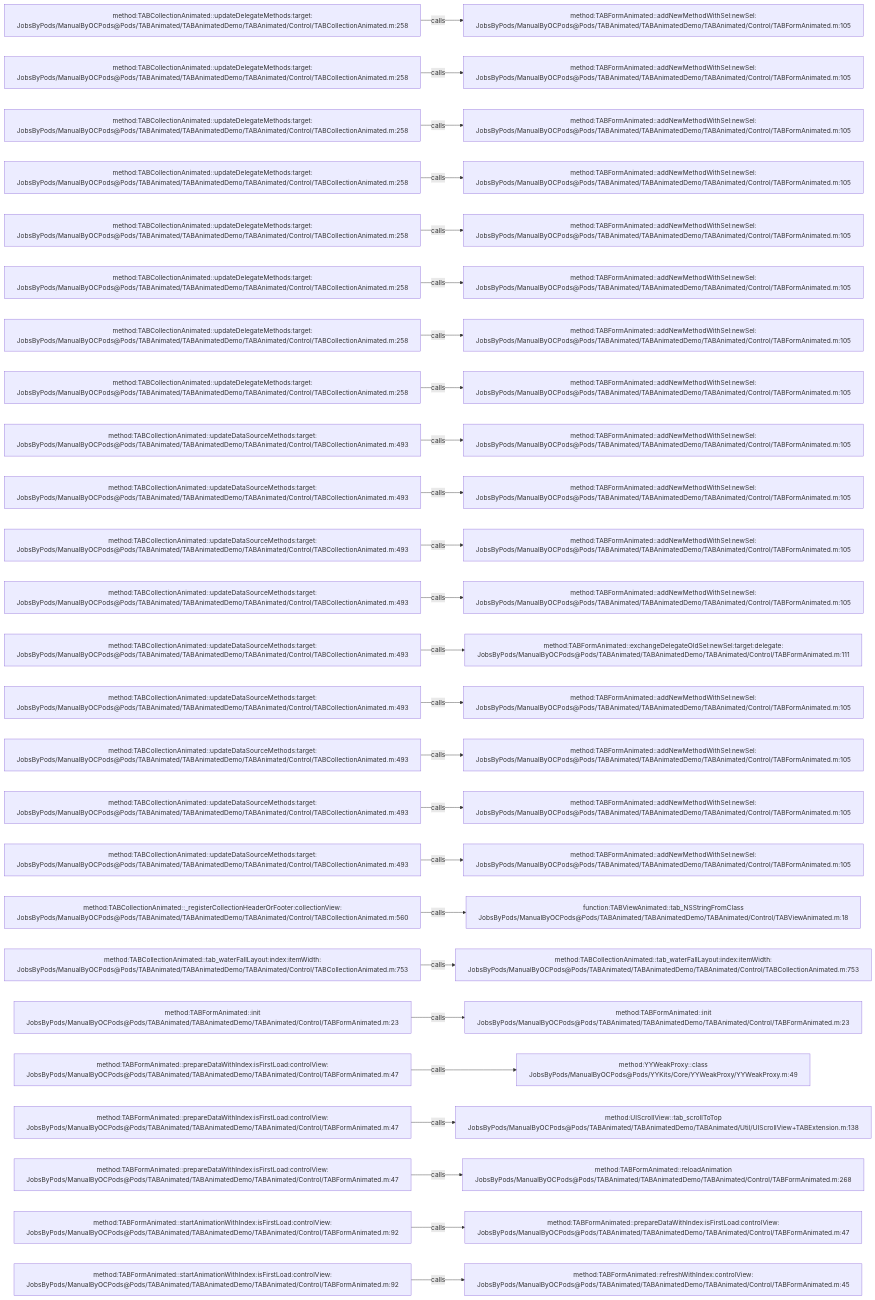
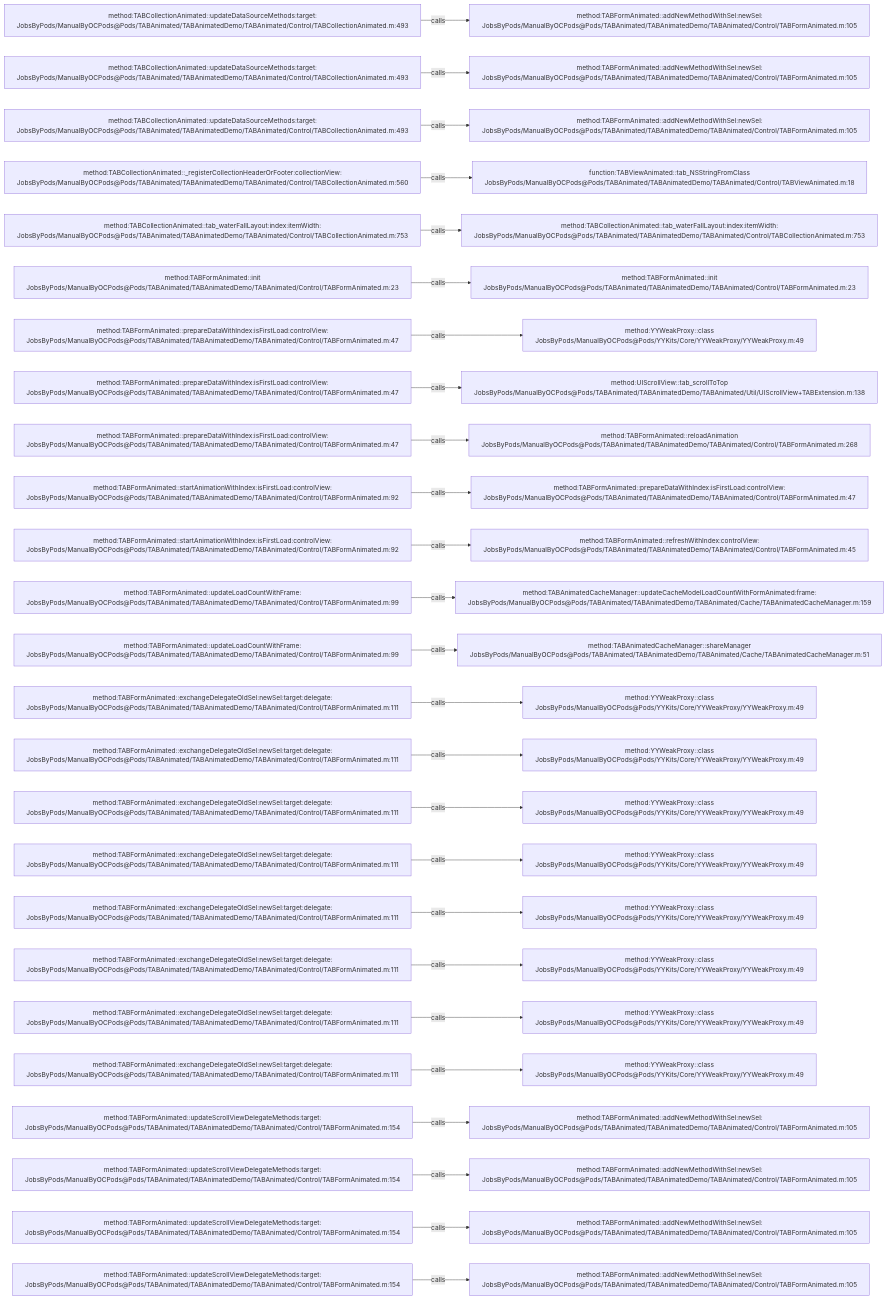
One commit to JobsKits/JobsOCBaseConfigDemo changed the diagram in .codegraph/codegraph.md/graphs/calls-025.md. Above: the diagram before and after it, drawn with Mermaid. The commit also changed 296 other files, not shown here.

````diff
--- a/.codegraph/codegraph.md/graphs/calls-025.md
+++ b/.codegraph/codegraph.md/graphs/calls-025.md
@@ -13,78 +13,78 @@
 ```mermaid
 flowchart LR
-  S1["method:TABCollectionAnimated::updateDelegateMethods:target:<br/>JobsByPods/ManualByOCPods@Pods/TABAnimated/TABAnimatedDemo/TABAnimated/Control/TABCollectionAnimated.m:258"]
+  S1["method:TABCollectionAnimated::updateDataSourceMethods:target:<br/>JobsByPods/ManualByOCPods@Pods/TABAnimated/TABAnimatedDemo/TABAnimated/Control/TABCollectionAnimated.m:493"]
   T1["method:TABFormAnimated::addNewMethodWithSel:newSel:<br/>JobsByPods/ManualByOCPods@Pods/TABAnimated/TABAnimatedDemo/TABAnimated/Control/TABFormAnimated.m:105"]
   S1 -->|calls| T1
-  S2["method:TABCollectionAnimated::updateDelegateMethods:target:<br/>JobsByPods/ManualByOCPods@Pods/TABAnimated/TABAnimatedDemo/TABAnimated/Control/TABCollectionAnimated.m:258"]
+  S2["method:TABCollectionAnimated::updateDataSourceMethods:target:<br/>JobsByPods/ManualByOCPods@Pods/TABAnimated/TABAnimatedDemo/TABAnimated/Control/TABCollectionAnimated.m:493"]
   T2["method:TABFormAnimated::addNewMethodWithSel:newSel:<br/>JobsByPods/ManualByOCPods@Pods/TABAnimated/TABAnimatedDemo/TABAnimated/Control/TABFormAnimated.m:105"]
   S2 -->|calls| T2
-  S3["method:TABCollectionAnimated::updateDelegateMethods:target:<br/>JobsByPods/ManualByOCPods@Pods/TABAnimated/TABAnimatedDemo/TABAnimated/Control/TABCollectionAnimated.m:258"]
+  S3["method:TABCollectionAnimated::updateDataSourceMethods:target:<br/>JobsByPods/ManualByOCPods@Pods/TABAnimated/TABAnimatedDemo/TABAnimated/Control/TABCollectionAnimated.m:493"]
   T3["method:TABFormAnimated::addNewMethodWithSel:newSel:<br/>JobsByPods/ManualByOCPods@Pods/TABAnimated/TABAnimatedDemo/TABAnimated/Control/TABFormAnimated.m:105"]
   S3 -->|calls| T3
-  S4["method:TABCollectionAnimated::updateDelegateMethods:target:<br/>JobsByPods/ManualByOCPods@Pods/TABAnimated/TABAnimatedDemo/TABAnimated/Control/TABCollectionAnimated.m:258"]
-  T4["method:TABFormAnimated::addNewMethodWithSel:newSel:<br/>JobsByPods/ManualByOCPods@Pods/TABAnimated/TABAnimatedDemo/TABAnimated/Control/TABFormAnimated.m:105"]
+  S4["method:TABCollectionAnimated::_registerCollectionHeaderOrFooter:collectionView:<br/>JobsByPods/ManualByOCPods@Pods/TABAnimated/TABAnimatedDemo/TABAnimated/Control/TABCollectionAnimated.m:560"]
+  T4["function:TABViewAnimated::tab_NSStringFromClass<br/>JobsByPods/ManualByOCPods@Pods/TABAnimated/TABAnimatedDemo/TABAnimated/Control/TABViewAnimated.m:18"]
   S4 -->|calls| T4
-  S5["method:TABCollectionAnimated::updateDelegateMethods:target:<br/>JobsByPods/ManualByOCPods@Pods/TABAnimated/TABAnimatedDemo/TABAnimated/Control/TABCollectionAnimated.m:258"]
-  T5["method:TABFormAnimated::addNewMethodWithSel:newSel:<br/>JobsByPods/ManualByOCPods@Pods/TABAnimated/TABAnimatedDemo/TABAnimated/Control/TABFormAnimated.m:105"]
+  S5["method:TABCollectionAnimated::tab_waterFallLayout:index:itemWidth:<br/>JobsByPods/ManualByOCPods@Pods/TABAnimated/TABAnimatedDemo/TABAnimated/Control/TABCollectionAnimated.m:753"]
+  T5["method:TABCollectionAnimated::tab_waterFallLayout:index:itemWidth:<br/>JobsByPods/ManualByOCPods@Pods/TABAnimated/TABAnimatedDemo/TABAnimated/Control/TABCollectionAnimated.m:753"]
   S5 -->|calls| T5
-  S6["method:TABCollectionAnimated::updateDelegateMethods:target:<br/>JobsByPods/ManualByOCPods@Pods/TABAnimated/TABAnimatedDemo/TABAnimated/Control/TABCollectionAnimated.m:258"]
-  T6["method:TABFormAnimated::addNewMethodWithSel:newSel:<br/>JobsByPods/ManualByOCPods@Pods/TABAnimated/TABAnimatedDemo/TABAnimated/Control/TABFormAnimated.m:105"]
+  S6["method:TABFormAnimated::init<br/>JobsByPods/ManualByOCPods@Pods/TABAnimated/TABAnimatedDemo/TABAnimated/Control/TABFormAnimated.m:23"]
+  T6["method:TABFormAnimated::init<br/>JobsByPods/ManualByOCPods@Pods/TABAnimated/TABAnimatedDemo/TABAnimated/Control/TABFormAnimated.m:23"]
   S6 -->|calls| T6
-  S7["method:TABCollectionAnimated::updateDelegateMethods:target:<br/>JobsByPods/ManualByOCPods@Pods/TABAnimated/TABAnimatedDemo/TABAnimated/Control/TABCollectionAnimated.m:258"]
-  T7["method:TABFormAnimated::addNewMethodWithSel:newSel:<br/>JobsByPods/ManualByOCPods@Pods/TABAnimated/TABAnimatedDemo/TABAnimated/Control/TABFormAnimated.m:105"]
+  S7["method:TABFormAnimated::prepareDataWithIndex:isFirstLoad:controlView:<br/>JobsByPods/ManualByOCPods@Pods/TABAnimated/TABAnimatedDemo/TABAnimated/Control/TABFormAnimated.m:47"]
+  T7["method:YYWeakProxy::class<br/>JobsByPods/ManualByOCPods@Pods/YYKits/Core/YYWeakProxy/YYWeakProxy.m:49"]
   S7 -->|calls| T7
-  S8["method:TABCollectionAnimated::updateDelegateMethods:target:<br/>JobsByPods/ManualByOCPods@Pods/TABAnimated/TABAnimatedDemo/TABAnimated/Control/TABCollectionAnimated.m:258"]
-  T8["method:TABFormAnimated::addNewMethodWithSel:newSel:<br/>JobsByPods/ManualByOCPods@Pods/TABAnimated/TABAnimatedDemo/TABAnimated/Control/TABFormAnimated.m:105"]
+  S8["method:TABFormAnimated::prepareDataWithIndex:isFirstLoad:controlView:<br/>JobsByPods/ManualByOCPods@Pods/TABAnimated/TABAnimatedDemo/TABAnimated/Control/TABFormAnimated.m:47"]
+  T8["method:UIScrollView::tab_scrollToTop<br/>JobsByPods/ManualByOCPods@Pods/TABAnimated/TABAnimatedDemo/TABAnimated/Util/UIScrollView+TABExtension.m:138"]
   S8 -->|calls| T8
-  S9["method:TABCollectionAnimated::updateDataSourceMethods:target:<br/>JobsByPods/ManualByOCPods@Pods/TABAnimated/TABAnimatedDemo/TABAnimated/Control/TABCollectionAnimated.m:493"]
-  T9["method:TABFormAnimated::addNewMethodWithSel:newSel:<br/>JobsByPods/ManualByOCPods@Pods/TABAnimated/TABAnimatedDemo/TABAnimated/Control/TABFormAnimated.m:105"]
+  S9["method:TABFormAnimated::prepareDataWithIndex:isFirstLoad:controlView:<br/>JobsByPods/ManualByOCPods@Pods/TABAnimated/TABAnimatedDemo/TABAnimated/Control/TABFormAnimated.m:47"]
+  T9["method:TABFormAnimated::reloadAnimation<br/>JobsByPods/ManualByOCPods@Pods/TABAnimated/TABAnimatedDemo/TABAnimated/Control/TABFormAnimated.m:268"]
   S9 -->|calls| T9
-  S10["method:TABCollectionAnimated::updateDataSourceMethods:target:<br/>JobsByPods/ManualByOCPods@Pods/TABAnimated/TABAnimatedDemo/TABAnimated/Control/TABCollectionAnimated.m:493"]
-  T10["method:TABFormAnimated::addNewMethodWithSel:newSel:<br/>JobsByPods/ManualByOCPods@Pods/TABAnimated/TABAnimatedDemo/TABAnimated/Control/TABFormAnimated.m:105"]
+  S10["method:TABFormAnimated::startAnimationWithIndex:isFirstLoad:controlView:<br/>JobsByPods/ManualByOCPods@Pods/TABAnimated/TABAnimatedDemo/TABAnimated/Control/TABFormAnimated.m:92"]
+  T10["method:TABFormAnimated::prepareDataWithIndex:isFirstLoad:controlView:<br/>JobsByPods/ManualByOCPods@Pods/TABAnimated/TABAnimatedDemo/TABAnimated/Control/TABFormAnimated.m:47"]
   S10 -->|calls| T10
-  S11["method:TABCollectionAnimated::updateDataSourceMethods:target:<br/>JobsByPods/ManualByOCPods@Pods/TABAnimated/TABAnimatedDemo/TABAnimated/Control/TABCollectionAnimated.m:493"]
-  T11["method:TABFormAnimated::addNewMethodWithSel:newSel:<br/>JobsByPods/ManualByOCPods@Pods/TABAnimated/TABAnimatedDemo/TABAnimated/Control/TABFormAnimated.m:105"]
+  S11["method:TABFormAnimated::startAnimationWithIndex:isFirstLoad:controlView:<br/>JobsByPods/ManualByOCPods@Pods/TABAnimated/TABAnimatedDemo/TABAnimated/Control/TABFormAnimated.m:92"]
+  T11["method:TABFormAnimated::refreshWithIndex:controlView:<br/>JobsByPods/ManualByOCPods@Pods/TABAnimated/TABAnimatedDemo/TABAnimated/Control/TABFormAnimated.m:45"]
   S11 -->|calls| T11
-  S12["method:TABCollectionAnimated::updateDataSourceMethods:target:<br/>JobsByPods/ManualByOCPods@Pods/TABAnimated/TABAnimatedDemo/TABAnimated/Control/TABCollectionAnimated.m:493"]
-  T12["method:TABFormAnimated::addNewMethodWithSel:newSel:<br/>JobsByPods/ManualByOCPods@Pods/TABAnimated/TABAnimatedDemo/TABAnimated/Control/TABFormAnimated.m:105"]
+  S12["method:TABFormAnimated::updateLoadCountWithFrame:<br/>JobsByPods/ManualByOCPods@Pods/TABAnimated/TABAnimatedDemo/TABAnimated/Control/TABFormAnimated.m:99"]
+  T12["method:TABAnimatedCacheManager::updateCacheModelLoadCountWithFormAnimated:frame:<br/>JobsByPods/ManualByOCPods@Pods/TABAnimated/TABAnimatedDemo/TABAnimated/Cache/TABAnimatedCacheManager.m:159"]
   S12 -->|calls| T12
-  S13["method:TABCollectionAnimated::updateDataSourceMethods:target:<br/>JobsByPods/ManualByOCPods@Pods/TABAnimated/TABAnimatedDemo/TABAnimated/Control/TABCollectionAnimated.m:493"]
-  T13["method:TABFormAnimated::exchangeDelegateOldSel:newSel:target:delegate:<br/>JobsByPods/ManualByOCPods@Pods/TABAnimated/TABAnimatedDemo/TABAnimated/Control/TABFormAnimated.m:111"]
+  S13["method:TABFormAnimated::updateLoadCountWithFrame:<br/>JobsByPods/ManualByOCPods@Pods/TABAnimated/TABAnimatedDemo/TABAnimated/Control/TABFormAnimated.m:99"]
+  T13["method:TABAnimatedCacheManager::shareManager<br/>JobsByPods/ManualByOCPods@Pods/TABAnimated/TABAnimatedDemo/TABAnimated/Cache/TABAnimatedCacheManager.m:51"]
   S13 -->|calls| T13
-  S14["method:TABCollectionAnimated::updateDataSourceMethods:target:<br/>JobsByPods/ManualByOCPods@Pods/TABAnimated/TABAnimatedDemo/TABAnimated/Control/TABCollectionAnimated.m:493"]
-  T14["method:TABFormAnimated::addNewMethodWithSel:newSel:<br/>JobsByPods/ManualByOCPods@Pods/TABAnimated/TABAnimatedDemo/TABAnimated/Control/TABFormAnimated.m:105"]
+  S14["method:TABFormAnimated::exchangeDelegateOldSel:newSel:target:delegate:<br/>JobsByPods/ManualByOCPods@Pods/TABAnimated/TABAnimatedDemo/TABAnimated/Control/TABFormAnimated.m:111"]
+  T14["method:YYWeakProxy::class<br/>JobsByPods/ManualByOCPods@Pods/YYKits/Core/YYWeakProxy/YYWeakProxy.m:49"]
   S14 -->|calls| T14
-  S15["method:TABCollectionAnimated::updateDataSourceMethods:target:<br/>JobsByPods/ManualByOCPods@Pods/TABAnimated/TABAnimatedDemo/TABAnimated/Control/TABCollectionAnimated.m:493"]
-  T15["method:TABFormAnimated::addNewMethodWithSel:newSel:<br/>JobsByPods/ManualByOCPods@Pods/TABAnimated/TABAnimatedDemo/TABAnimated/Control/TABFormAnimated.m:105"]
+  S15["method:TABFormAnimated::exchangeDelegateOldSel:newSel:target:delegate:<br/>JobsByPods/ManualByOCPods@Pods/TABAnimated/TABAnimatedDemo/TABAnimated/Control/TABFormAnimated.m:111"]
+  T15["method:YYWeakProxy::class<br/>JobsByPods/ManualByOCPods@Pods/YYKits/Core/YYWeakProxy/YYWeakProxy.m:49"]
   S15 -->|calls| T15
-  S16["method:TABCollectionAnimated::updateDataSourceMethods:target:<br/>JobsByPods/ManualByOCPods@Pods/TABAnimated/TABAnimatedDemo/TABAnimated/Control/TABCollectionAnimated.m:493"]
-  T16["method:TABFormAnimated::addNewMethodWithSel:newSel:<br/>JobsByPods/ManualByOCPods@Pods/TABAnimated/TABAnimatedDemo/TABAnimated/Control/TABFormAnimated.m:105"]
+  S16["method:TABFormAnimated::exchangeDelegateOldSel:newSel:target:delegate:<br/>JobsByPods/ManualByOCPods@Pods/TABAnimated/TABAnimatedDemo/TABAnimated/Control/TABFormAnimated.m:111"]
+  T16["method:YYWeakProxy::class<br/>JobsByPods/ManualByOCPods@Pods/YYKits/Core/YYWeakProxy/YYWeakProxy.m:49"]
   S16 -->|calls| T16
-  S17["method:TABCollectionAnimated::updateDataSourceMethods:target:<br/>JobsByPods/ManualByOCPods@Pods/TABAnimated/TABAnimatedDemo/TABAnimated/Control/TABCollectionAnimated.m:493"]
-  T17["method:TABFormAnimated::addNewMethodWithSel:newSel:<br/>JobsByPods/ManualByOCPods@Pods/TABAnimated/TABAnimatedDemo/TABAnimated/Control/TABFormAnimated.m:105"]
+  S17["method:TABFormAnimated::exchangeDelegateOldSel:newSel:target:delegate:<br/>JobsByPods/ManualByOCPods@Pods/TABAnimated/TABAnimatedDemo/TABAnimated/Control/TABFormAnimated.m:111"]
+  T17["method:YYWeakProxy::class<br/>JobsByPods/ManualByOCPods@Pods/YYKits/Core/YYWeakProxy/YYWeakProxy.m:49"]
   S17 -->|calls| T17
-  S18["method:TABCollectionAnimated::_registerCollectionHeaderOrFooter:collectionView:<br/>JobsByPods/ManualByOCPods@Pods/TABAnimated/TABAnimatedDemo/TABAnimated/Control/TABCollectionAnimated.m:560"]
-  T18["function:TABViewAnimated::tab_NSStringFromClass<br/>JobsByPods/ManualByOCPods@Pods/TABAnimated/TABAnimatedDemo/TABAnimated/Control/TABViewAnimated.m:18"]
+  S18["method:TABFormAnimated::exchangeDelegateOldSel:newSel:target:delegate:<br/>JobsByPods/ManualByOCPods@Pods/TABAnimated/TABAnimatedDemo/TABAnimated/Control/TABFormAnimated.m:111"]
+  T18["method:YYWeakProxy::class<br/>JobsByPods/ManualByOCPods@Pods/YYKits/Core/YYWeakProxy/YYWeakProxy.m:49"]
   S18 -->|calls| T18
-  S19["method:TABCollectionAnimated::tab_waterFallLayout:index:itemWidth:<br/>JobsByPods/ManualByOCPods@Pods/TABAnimated/TABAnimatedDemo/TABAnimated/Control/TABCollectionAnimated.m:753"]
-  T19["method:TABCollectionAnimated::tab_waterFallLayout:index:itemWidth:<br/>JobsByPods/ManualByOCPods@Pods/TABAnimated/TABAnimatedDemo/TABAnimated/Control/TABCollectionAnimated.m:753"]
+  S19["method:TABFormAnimated::exchangeDelegateOldSel:newSel:target:delegate:<br/>JobsByPods/ManualByOCPods@Pods/TABAnimated/TABAnimatedDemo/TABAnimated/Control/TABFormAnimated.m:111"]
+  T19["method:YYWeakProxy::class<br/>JobsByPods/ManualByOCPods@Pods/YYKits/Core/YYWeakProxy/YYWeakProxy.m:49"]
   S19 -->|calls| T19
-  S20["method:TABFormAnimated::init<br/>JobsByPods/ManualByOCPods@Pods/TABAnimated/TABAnimatedDemo/TABAnimated/Control/TABFormAnimated.m:23"]
-  T20["method:TABFormAnimated::init<br/>JobsByPods/ManualByOCPods@Pods/TABAnimated/TABAnimatedDemo/TABAnimated/Control/TABFormAnimated.m:23"]
+  S20["method:TABFormAnimated::exchangeDelegateOldSel:newSel:target:delegate:<br/>JobsByPods/ManualByOCPods@Pods/TABAnimated/TABAnimatedDemo/TABAnimated/Control/TABFormAnimated.m:111"]
+  T20["method:YYWeakProxy::class<br/>JobsByPods/ManualByOCPods@Pods/YYKits/Core/YYWeakProxy/YYWeakProxy.m:49"]
   S20 -->|calls| T20
-  S21["method:TABFormAnimated::prepareDataWithIndex:isFirstLoad:controlView:<br/>JobsByPods/ManualByOCPods@Pods/TABAnimated/TABAnimatedDemo/TABAnimated/Control/TABFormAnimated.m:47"]
+  S21["method:TABFormAnimated::exchangeDelegateOldSel:newSel:target:delegate:<br/>JobsByPods/ManualByOCPods@Pods/TABAnimated/TABAnimatedDemo/TABAnimated/Control/TABFormAnimated.m:111"]
   T21["method:YYWeakProxy::class<br/>JobsByPods/ManualByOCPods@Pods/YYKits/Core/YYWeakProxy/YYWeakProxy.m:49"]
   S21 -->|calls| T21
-  S22["method:TABFormAnimated::prepareDataWithIndex:isFirstLoad:controlView:<br/>JobsByPods/ManualByOCPods@Pods/TABAnimated/TABAnimatedDemo/TABAnimated/Control/TABFormAnimated.m:47"]
-  T22["method:UIScrollView::tab_scrollToTop<br/>JobsByPods/ManualByOCPods@Pods/TABAnimated/TABAnimatedDemo/TABAnimated/Util/UIScrollView+TABExtension.m:138"]
+  S22["method:TABFormAnimated::updateScrollViewDelegateMethods:target:<br/>JobsByPods/ManualByOCPods@Pods/TABAnimated/TABAnimatedDemo/TABAnimated/Control/TABFormAnimated.m:154"]
+  T22["method:TABFormAnimated::addNewMethodWithSel:newSel:<br/>JobsByPods/ManualByOCPods@Pods/TABAnimated/TABAnimatedDemo/TABAnimated/Control/TABFormAnimated.m:105"]
   S22 -->|calls| T22
-  S23["method:TABFormAnimated::prepareDataWithIndex:isFirstLoad:controlView:<br/>JobsByPods/ManualByOCPods@Pods/TABAnimated/TABAnimatedDemo/TABAnimated/Control/TABFormAnimated.m:47"]
-  T23["method:TABFormAnimated::reloadAnimation<br/>JobsByPods/ManualByOCPods@Pods/TABAnimated/TABAnimatedDemo/TABAnimated/Control/TABFormAnimated.m:268"]
+  S23["method:TABFormAnimated::updateScrollViewDelegateMethods:target:<br/>JobsByPods/ManualByOCPods@Pods/TABAnimated/TABAnimatedDemo/TABAnimated/Control/TABFormAnimated.m:154"]
+  T23["method:TABFormAnimated::addNewMethodWithSel:newSel:<br/>JobsByPods/ManualByOCPods@Pods/TABAnimated/TABAnimatedDemo/TABAnimated/Control/TABFormAnimated.m:105"]
   S23 -->|calls| T23
-  S24["method:TABFormAnimated::startAnimationWithIndex:isFirstLoad:controlView:<br/>JobsByPods/ManualByOCPods@Pods/TABAnimated/TABAnimatedDemo/TABAnimated/Control/TABFormAnimated.m:92"]
-  T24["method:TABFormAnimated::prepareDataWithIndex:isFirstLoad:controlView:<br/>JobsByPods/ManualByOCPods@Pods/TABAnimated/TABAnimatedDemo/TABAnimated/Control/TABFormAnimated.m:47"]
+  S24["method:TABFormAnimated::updateScrollViewDelegateMethods:target:<br/>JobsByPods/ManualByOCPods@Pods/TABAnimated/TABAnimatedDemo/TABAnimated/Control/TABFormAnimated.m:154"]
+  T24["method:TABFormAnimated::addNewMethodWithSel:newSel:<br/>JobsByPods/ManualByOCPods@Pods/TABAnimated/TABAnimatedDemo/TABAnimated/Control/TABFormAnimated.m:105"]
   S24 -->|calls| T24
-  S25["method:TABFormAnimated::startAnimationWithIndex:isFirstLoad:controlView:<br/>JobsByPods/ManualByOCPods@Pods/TABAnimated/TABAnimatedDemo/TABAnimated/Control/TABFormAnimated.m:92"]
-  T25["method:TABFormAnimated::refreshWithIndex:controlView:<br/>JobsByPods/ManualByOCPods@Pods/TABAnimated/TABAnimatedDemo/TABAnimated/Control/TABFormAnimated.m:45"]
+  S25["method:TABFormAnimated::updateScrollViewDelegateMethods:target:<br/>JobsByPods/ManualByOCPods@Pods/TABAnimated/TABAnimatedDemo/TABAnimated/Control/TABFormAnimated.m:154"]
+  T25["method:TABFormAnimated::addNewMethodWithSel:newSel:<br/>JobsByPods/ManualByOCPods@Pods/TABAnimated/TABAnimatedDemo/TABAnimated/Control/TABFormAnimated.m:105"]
   S25 -->|calls| T25
 ```
````
